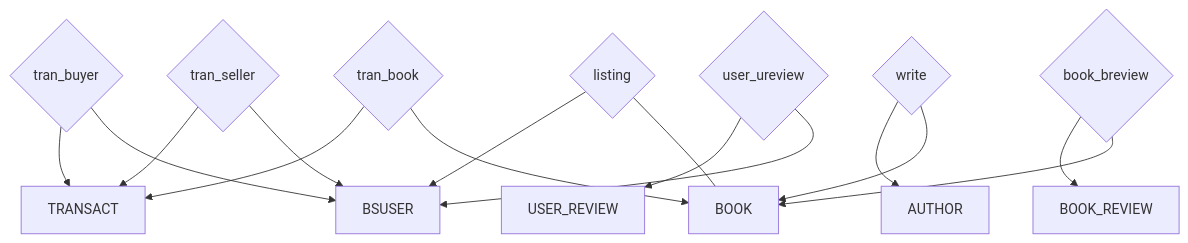
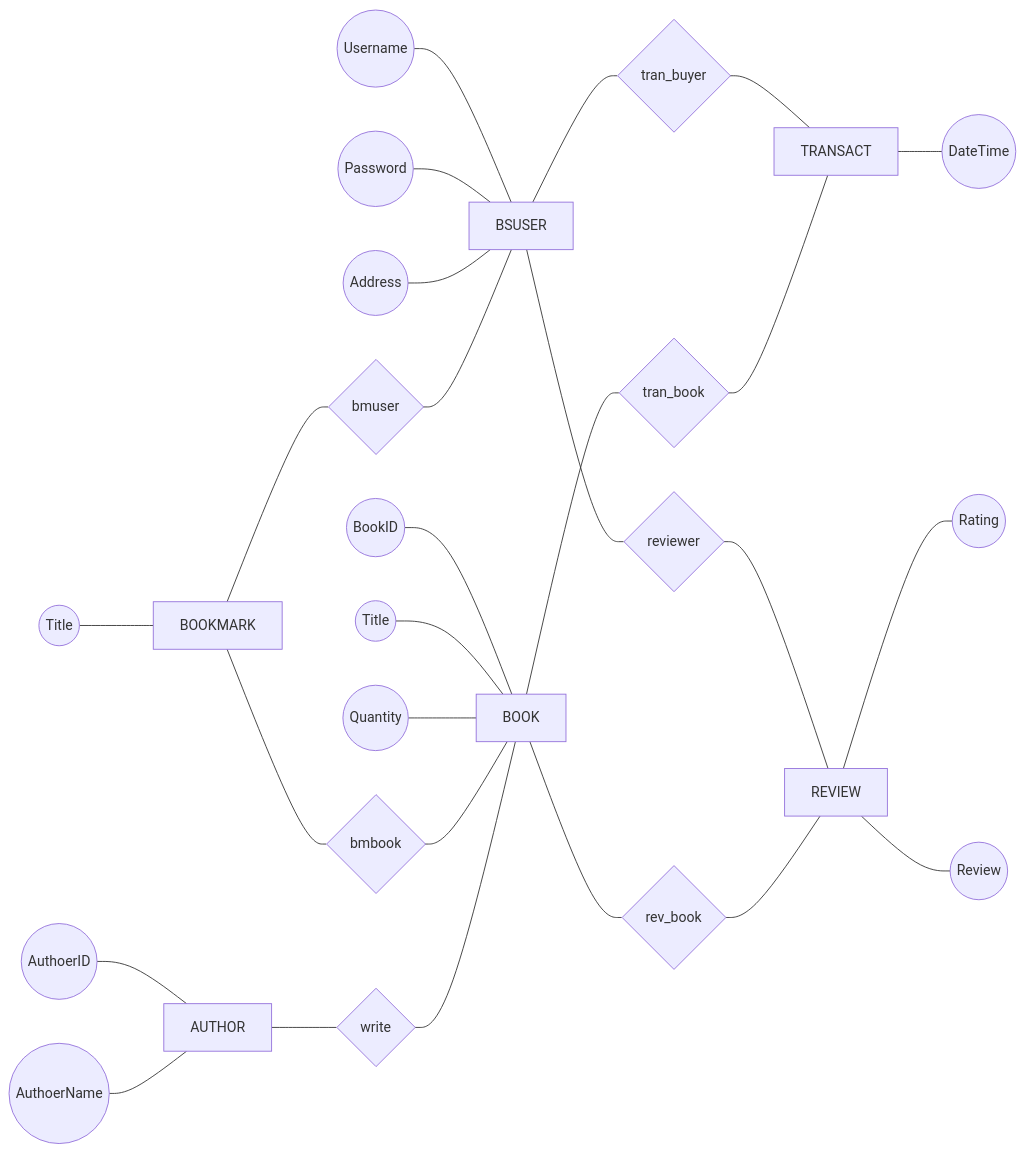
Before and after one commit to guzy0324/Bookstore: the diagram in README.md, drawn with Mermaid. The commit also changed other lines of this file and 1 other file, not shown here.

Commit message:
bookmark

````diff
--- a/README.md
+++ b/README.md
@@ -2,30 +3,28 @@
 ```mermaid
-graph TD
+graph LR
 user[BSUSER]
+uu((Username))---user
+up((Password))---user
+ua((Address))---user
 auth[AUTHOR]
+ai((AuthoerID))---auth
+an((AuthoerName))---auth
 book[BOOK]
-ur[USER_REVIEW]
-br[BOOK_REVIEW]
+bi((BookID))---book
+bt((Title))---book
+bq((Quantity))---book
+rev[REVIEW]
+rev---rb((Rating))
+rev---rr((Review))
 tran[TRANSACT]
-buy{tran_buyer}
-sell{tran_seller}
-tb{tran_book}
-write{write}
-u_r{user_ureview}
-b_r{book_breview}
-list{listing}
-buy-->tran
-buy-->user
-sell-->tran
-sell-->user
-tb-->tran
-tb-->book
-write-->auth
-write-->book
-u_r-->ur
-u_r-->user
-b_r-->br
-b_r-->book
-list-->user
-list---book
+tran---tt((DateTime))
+bmark[BOOKMARK]
+mt((Title))---bmark
+user---tbu{tran_buyer}---tran
+book---tbo{tran_book}---tran
+user---rer{reviewer}---rev
+book---ree{rev_book}---rev
+bmark---bu{bmuser}---user
+bmark---bb{bmbook}---book
+auth---wri{write}---book
 ```
````
